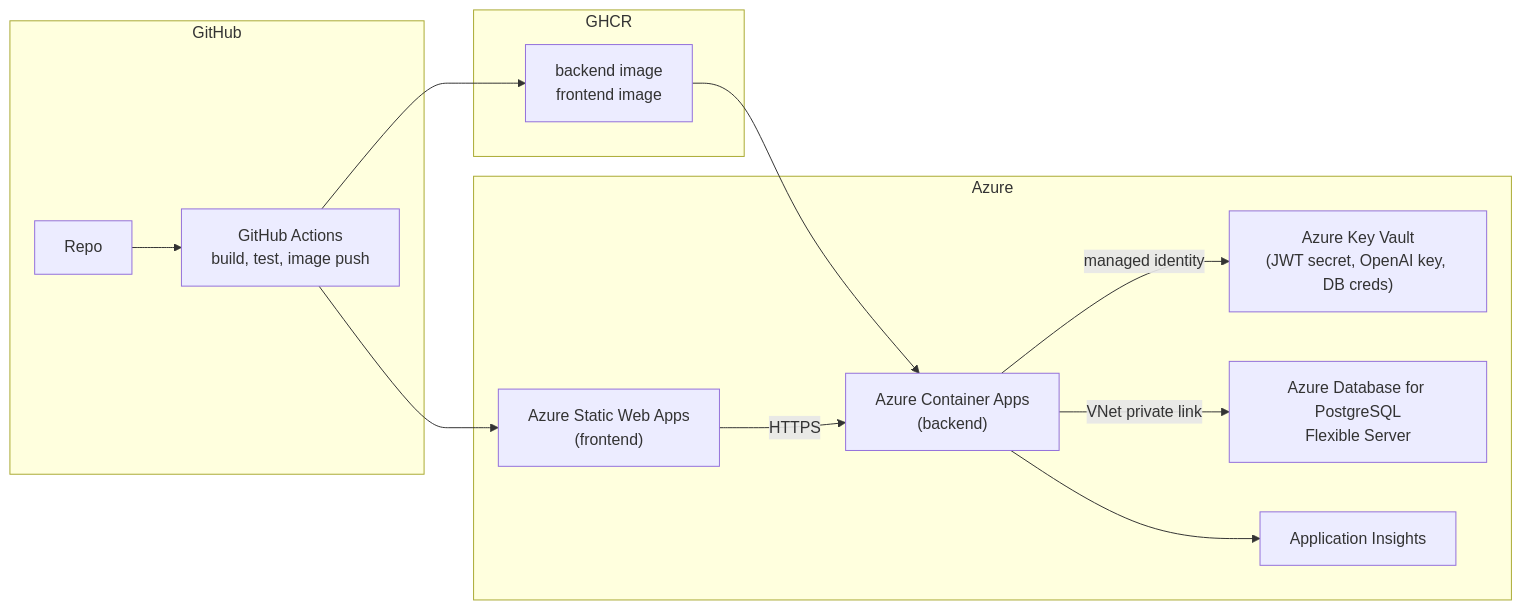
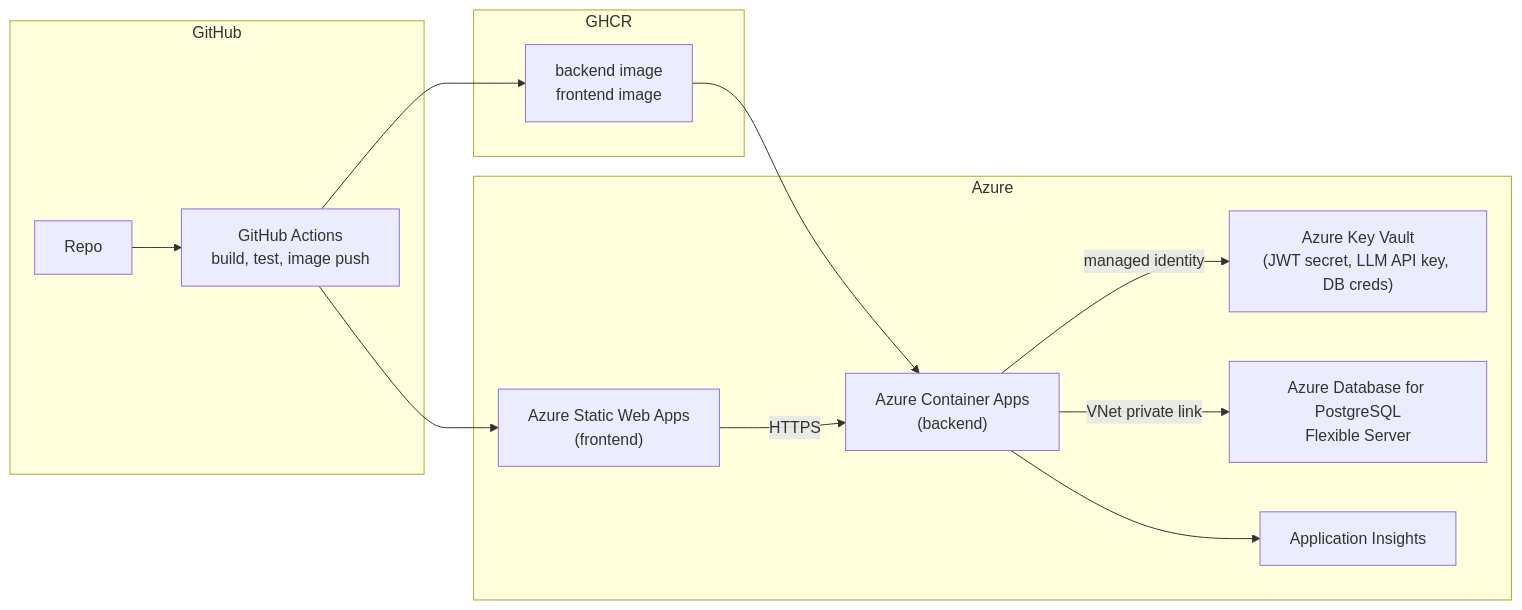
The fourth of 4 diagrams in ARCHITECTURE.md (anuraggupta819/SQLGenie), drawn with Mermaid before and after one commit. The commit also changed other lines of this file and 3 other files, not shown here.

First line of the commit message:
Switch LLM provider to Groq (OpenAI-compatible endpoint)

````diff
--- a/ARCHITECTURE.md
+++ b/ARCHITECTURE.md
@@ -209,24 +209,24 @@
 ```mermaid
 flowchart LR
     subgraph GH["GitHub"]
         REPO2["Repo"]
         ACT["GitHub Actions\nbuild, test, image push"]
     end
     subgraph Registry["GHCR"]
         IMG["backend image\nfrontend image"]
     end
     subgraph Azure["Azure"]
         SWA["Azure Static Web Apps\n(frontend)"]
         ACA["Azure Container Apps\n(backend)"]
-        KV["Azure Key Vault\n(JWT secret, OpenAI key, DB creds)"]
+        KV["Azure Key Vault\n(JWT secret, LLM API key, DB creds)"]
         PG["Azure Database for PostgreSQL\nFlexible Server"]
         AI2["Application Insights"]
     end
 
     REPO2 --> ACT --> IMG --> ACA
     ACT --> SWA
     ACA -->|managed identity| KV
     ACA -->|VNet private link| PG
     ACA --> AI2
     SWA -->|HTTPS| ACA
 ```
````
